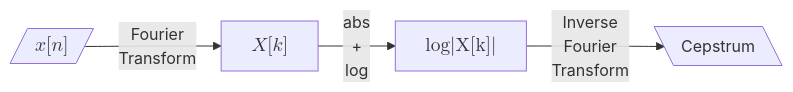
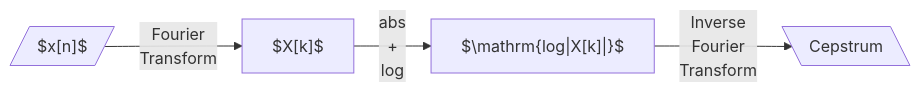
One commit to jiutongzhao/Time-Series-Data-Analysis changed the fourth of 4 diagrams in docs/README.md. Above: the diagram before and after it, drawn with Mermaid. The commit also changed other lines of this file, not shown here.

````diff
--- a/docs/README.md
+++ b/docs/README.md
@@ -1311,4 +1312,4 @@
 ```mermaid
 flowchart LR
-A@{ shape: lean-r, label: "$$x[n]$$"} --Fourier<br>Transform--> B["$$X[k]$$"] --abs<br>+<br>log--> C["$$\mathrm{log|X[k]|}$$"] --Inverse<br>Fourier<br>Transform--> D@{ shape: lean-l, label: Cepstrum}
+A@{ shape: lean-r, label: "$x[n]$"} --Fourier<br>Transform--> B["$X[k]$"] --abs<br>+<br>log--> C["$\mathrm{log|X[k]|}$"] --Inverse<br>Fourier<br>Transform--> D@{ shape: lean-l, label: Cepstrum}
 ```
````
